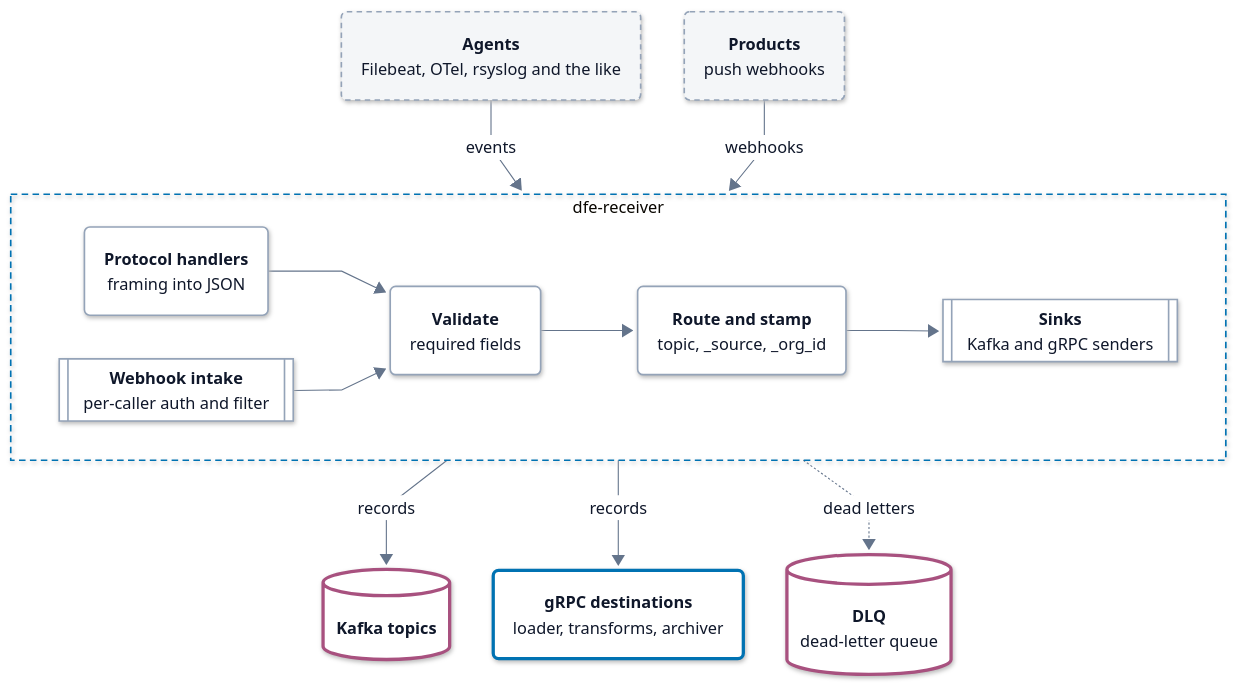
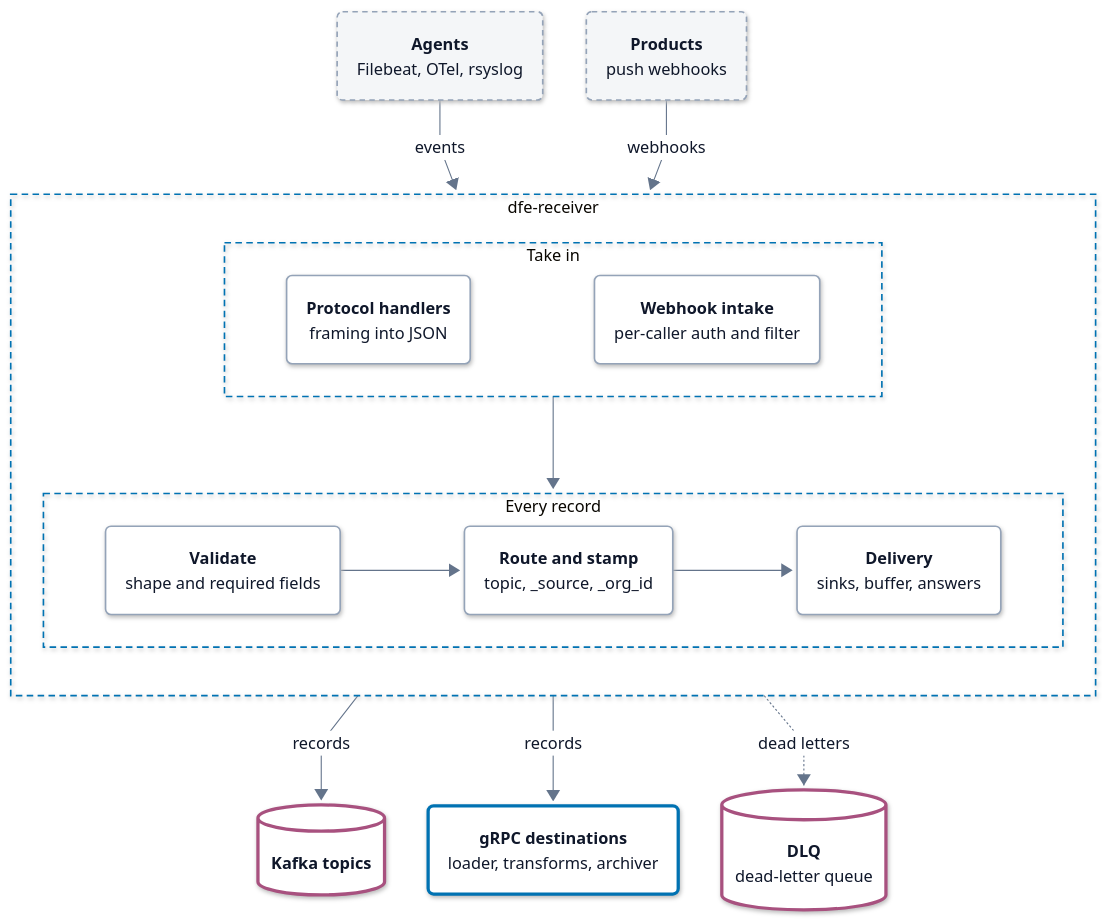
One commit to hyperi-io/dfe-receiver changed the diagram in docs/architecture.md. Above: the diagram before and after it, drawn with Mermaid. The commit also changed other lines of this file and 7 other files, not shown here.

First line of the commit message:
docs(architecture): bring the receiver pages to the architecture standard (#280)

````diff
--- a/docs/architecture.md
+++ b/docs/architecture.md
@@ -85,32 +50,39 @@
 ---
 flowchart TB
     accTitle: L3 Components -- Receiver
-    accDescr: Agents send events to the protocol handlers and products push webhooks to the webhook intake. Both hand records to validation, then routing and stamping, then the sinks. The sinks write records to Kafka topics and gRPC destinations. Records missing a required field, and records a destination refuses for good, go to the DLQ.
+    accDescr: Agents stream events and products push webhooks. Inside dfe-receiver the protocol handlers and the webhook intake take them in, then validation, routing and stamping, and delivery handle each record. Delivery writes to Kafka topics or gRPC destinations, and sends refused records to the DLQ.
 
-    agents("<b>Agents</b><br/><span>Filebeat, OTel, rsyslog and the like</span>")
+    agents("<b>Agents</b><br/><span>Filebeat, OTel, rsyslog</span>")
     products("<b>Products</b><br/><span>push webhooks</span>")
-
     subgraph receiver["dfe-receiver"]
-        direction LR
-        handlers("<b>Protocol handlers</b><br/><span>framing into JSON</span>")
-        webhook[["<b>Webhook intake</b><br/><span>per-caller auth and filter</span>"]]
-        validate("<b>Validate</b><br/><span>required fields</span>")
-        route("<b>Route and stamp</b><br/><span>topic, _source, _org_id</span>")
-        sinks[["<b>Sinks</b><br/><span>Kafka and gRPC senders</span>"]]
-        handlers --> validate
-        webhook --> validate
-        validate --> route --> sinks
+        direction TB
+        subgraph TAKE["Take in"]
+            direction LR
+            handlers("<b>Protocol handlers</b><br/><span>framing into JSON</span>")
+            webhook("<b>Webhook intake</b><br/><span>per-caller auth and filter</span>")
+            handlers ~~~ webhook
+        end
+        subgraph PROC["Every record"]
+            direction LR
+            validate("<b>Validate</b><br/><span>shape and required fields</span>")
+            route("<b>Route and stamp</b><br/><span>topic, _source, _org_id</span>")
+            delivery("<b>Delivery</b><br/><span>sinks, buffer, answers</span>")
+            validate --> route --> delivery
+        end
+        TAKE --> PROC
     end
-
     kafka[("<b>Kafka topics</b>")]
     grpc("<b>gRPC destinations</b><br/><span>loader, transforms, archiver</span>")
     dlq[("<b>DLQ</b><br/><span>dead-letter queue</span>")]
-
     agents -->|events| receiver
     products -->|webhooks| receiver
     receiver -->|records| kafka
     receiver -->|records| grpc
     receiver -.->|dead letters| dlq
+  class agents,products ext
+  class handlers,webhook,validate,route,delivery part
+  class kafka,dlq bus
+  class grpc load
   classDef ext fill:#F4F6F8,stroke:#94A3B8,stroke-width:1.5px,stroke-dasharray:5 4,color:#0F172A
   classDef ingest fill:#FFFFFF,stroke:#0E8A7D,stroke-width:3px,color:#0F172A
   classDef xform fill:#FFFFFF,stroke:#7B4FB0,stroke-width:3px,color:#0F172A
@@ -122,9 +94,7 @@
   classDef error fill:#FFFFFF,stroke:#C2410C,stroke-width:3px,color:#0F172A
   classDef control fill:#FFFFFF,stroke:#334155,stroke-width:3px,color:#0F172A
   classDef part fill:#FFFFFF,stroke:#94A3B8,stroke-width:1.5px,color:#0F172A
-  class agents,products ext
-  class handlers,webhook,validate,route,sinks part
-  class kafka,dlq bus
-  class grpc load
   style receiver fill:none,stroke:#0072B2,stroke-width:1.5px,stroke-dasharray:6 4
+  style TAKE fill:none,stroke:#0072B2,stroke-width:1.5px,stroke-dasharray:6 4
+  style PROC fill:none,stroke:#0072B2,stroke-width:1.5px,stroke-dasharray:6 4
 ```
````
